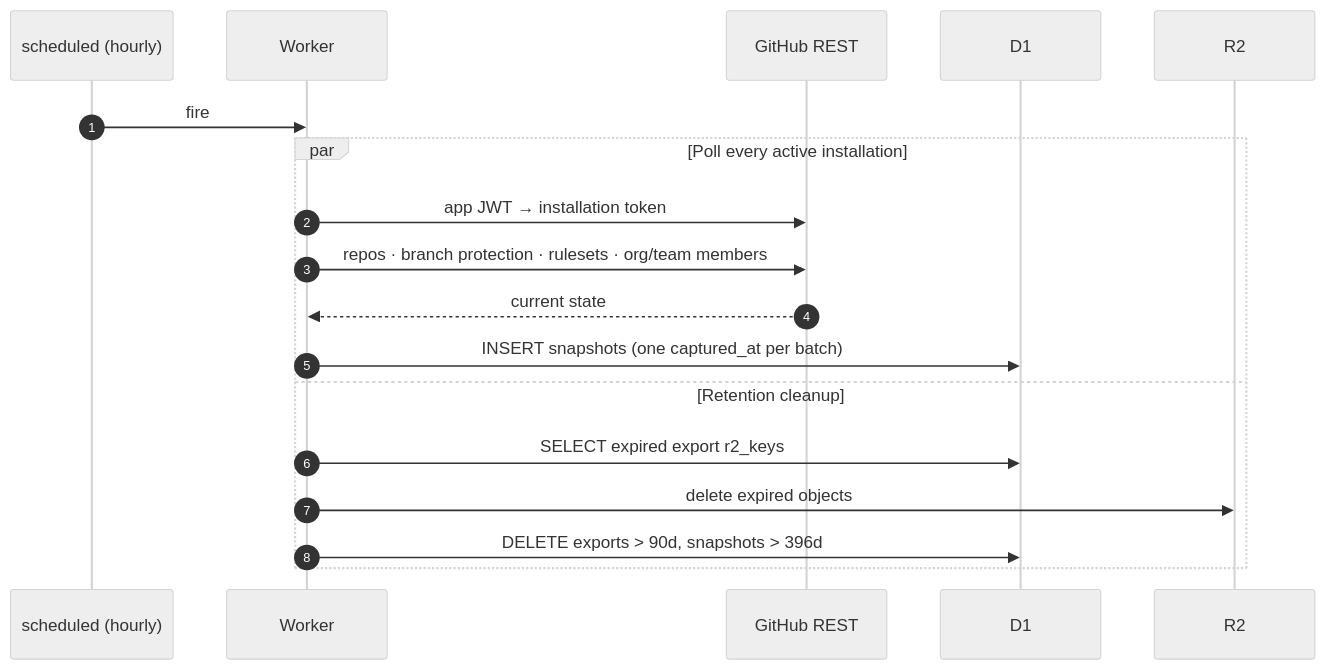
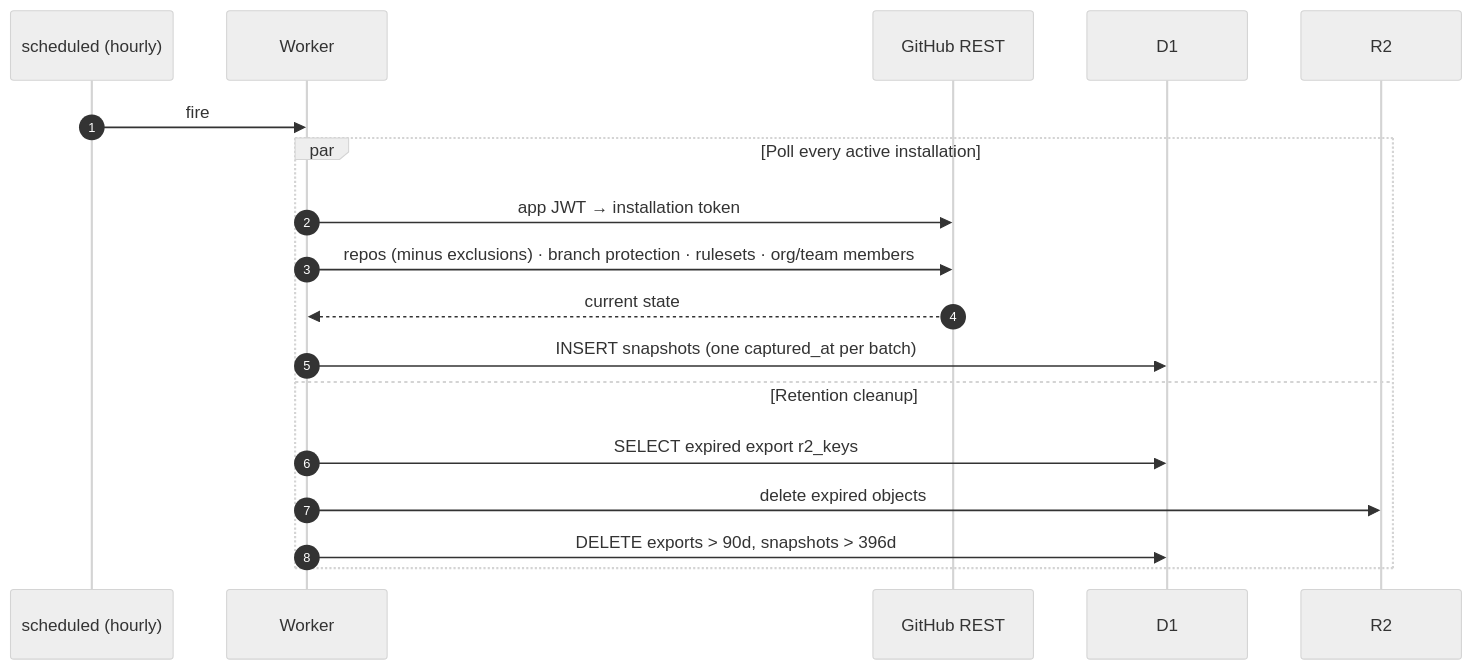
The third of 6 diagrams in docs/architecture.md (audit-labs/gh-attest), drawn with Mermaid (neutral theme) before and after one commit. The commit also changed other lines of this file and 6 other files, not shown here.

````diff
--- a/docs/architecture.md
+++ b/docs/architecture.md
@@ -110,21 +110,21 @@
 ```mermaid
 sequenceDiagram
   autonumber
   participant Cron as scheduled (hourly)
   participant W as Worker
   participant GH as GitHub REST
   participant D1 as D1
   participant R2 as R2
 
   Cron->>W: fire
   par Poll every active installation
     W->>GH: app JWT → installation token
-    W->>GH: repos · branch protection · rulesets · org/team members
+    W->>GH: repos (minus exclusions) · branch protection · rulesets · org/team members
     GH-->>W: current state
     W->>D1: INSERT snapshots (one captured_at per batch)
   and Retention cleanup
     W->>D1: SELECT expired export r2_keys
     W->>R2: delete expired objects
     W->>D1: DELETE exports > 90d, snapshots > 396d
   end
 ```
````
